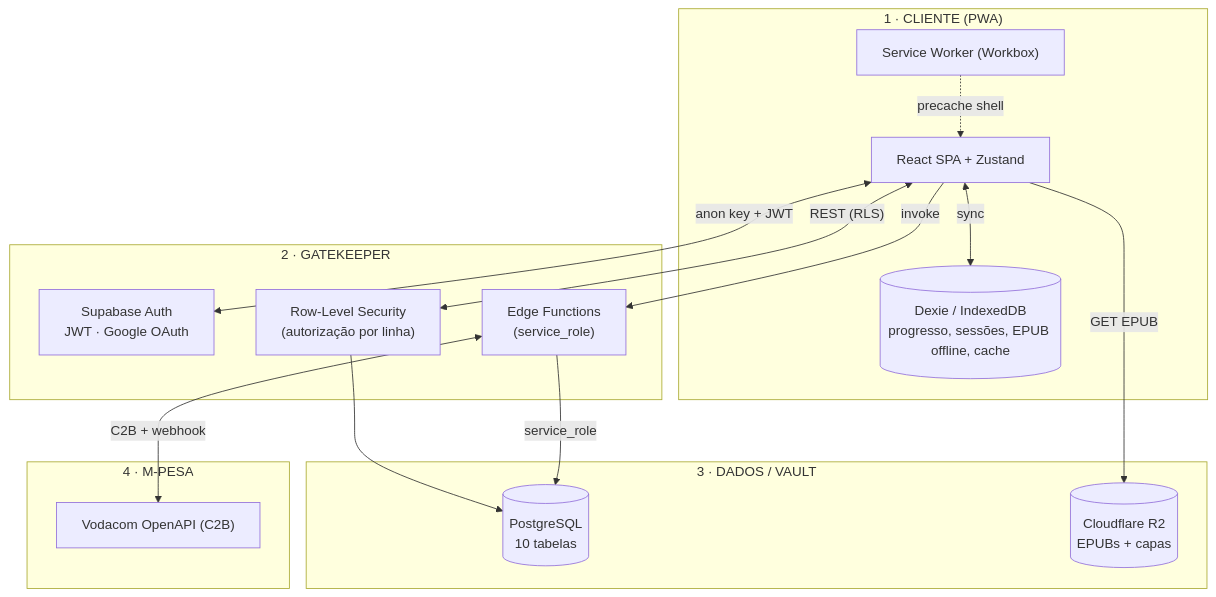
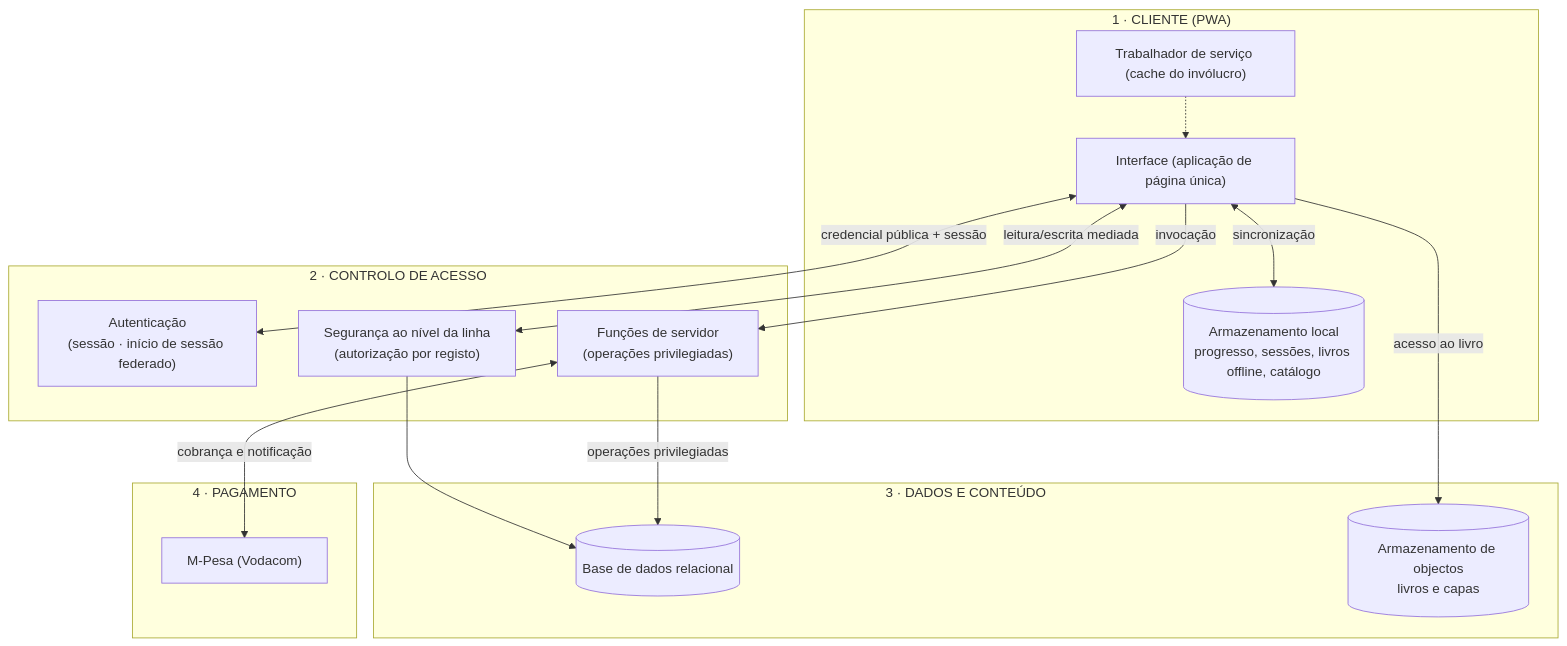
Before and after one commit to juniorclesionguni-source/zuri: the second of 10 diagrams in docs/RELATORIO.md, drawn with Mermaid. The commit also changed other lines of this file and 8 other files, not shown here.

````diff
--- a/docs/RELATORIO.md
+++ b/docs/RELATORIO.md
@@ -111,29 +125,29 @@
 ```mermaid
 flowchart TB
   subgraph C["1 · CLIENTE (PWA)"]
-    UI["React SPA + Zustand"]
-    DX[("Dexie / IndexedDB\nprogresso, sessões, EPUB offline, cache")]
-    SW["Service Worker (Workbox)"]
+    UI["Interface (aplicação de página única)"]
+    DX[("Armazenamento local\nprogresso, sessões, livros offline, catálogo")]
+    SW["Trabalhador de serviço (cache do invólucro)"]
   end
-  subgraph G["2 · GATEKEEPER"]
-    AUTH["Supabase Auth\nJWT · Google OAuth"]
-    RLS["Row-Level Security\n(autorização por linha)"]
-    EF["Edge Functions\n(service_role)"]
+  subgraph G["2 · CONTROLO DE ACESSO"]
+    AUTH["Autenticação\n(sessão · início de sessão federado)"]
+    RLS["Segurança ao nível da linha\n(autorização por registo)"]
+    EF["Funções de servidor\n(operações privilegiadas)"]
   end
-  subgraph D["3 · DADOS / VAULT"]
-    PG[("PostgreSQL\n10 tabelas")]
-    R2[("Cloudflare R2\nEPUBs + capas")]
+  subgraph D["3 · DADOS E CONTEÚDO"]
+    PG[("Base de dados relacional")]
+    R2[("Armazenamento de objectos\nlivros e capas")]
   end
-  subgraph M["4 · M-PESA"]
-    MP["Vodacom OpenAPI (C2B)"]
+  subgraph M["4 · PAGAMENTO"]
+    MP["M-Pesa (Vodacom)"]
   end
 
-  UI <-->|"anon key + JWT"| AUTH
-  UI <-->|"REST (RLS)"| RLS --> PG
-  UI <-->|"sync"| DX
-  UI -->|"GET EPUB"| R2
-  UI -->|"invoke"| EF
-  EF -->|"service_role"| PG
-  EF <-->|"C2B + webhook"| MP
-  SW -.->|"precache shell"| UI
+  UI <-->|"credencial pública + sessão"| AUTH
+  UI <-->|"leitura/escrita mediada"| RLS --> PG
+  UI <-->|"sincronização"| DX
+  UI -->|"acesso ao livro"| R2
+  UI -->|"invocação"| EF
+  EF -->|"operações privilegiadas"| PG
+  EF <-->|"cobrança e notificação"| MP
+  SW -.-> UI
 ```
````
